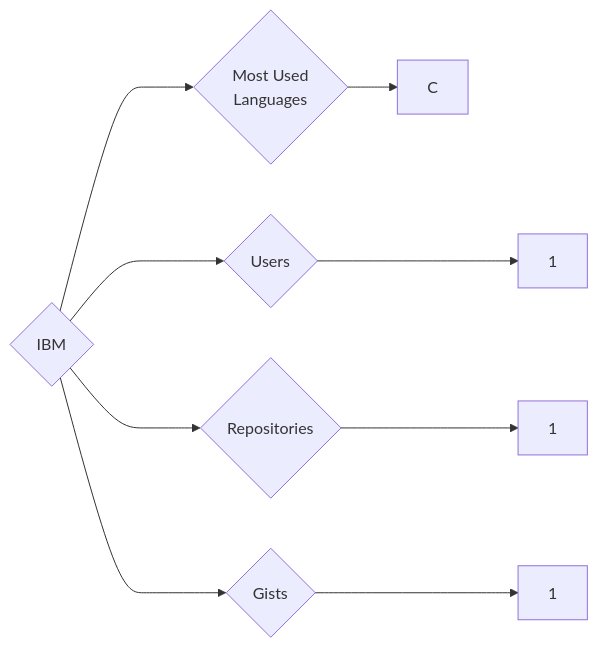
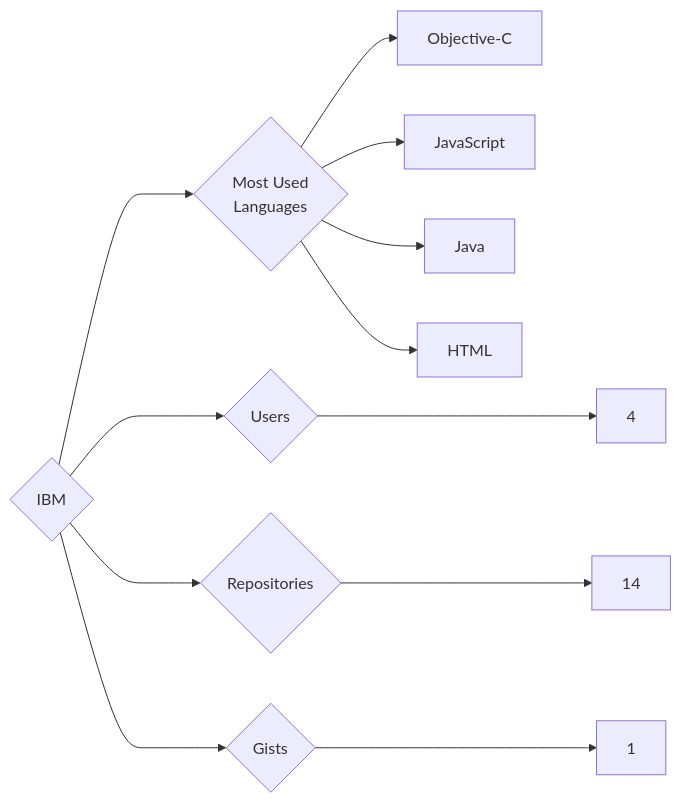
The diagram in targets/IBM/README.md (trickest/insiders), drawn with Mermaid before and after one commit. The commit also changed 1003 other files, not shown here.

````diff
--- a/targets/IBM/README.md
+++ b/targets/IBM/README.md
@@ -3,9 +3,12 @@
 ```mermaid
 graph LR
 COMPANY_NAME{IBM}
-COMPANY_NAME ---> U{Users} ---> UN[1]
-COMPANY_NAME ---> R{Repositories} ---> RN[1]
+COMPANY_NAME ---> U{Users} ---> UN[4]
+COMPANY_NAME ---> R{Repositories} ---> RN[14]
 COMPANY_NAME ---> G{Gists} ---> GN[1]
 COMPANY_NAME ---> ML{Most Used<br>Languages}
-ML --> C[C]
+ML --> Objective-C[Objective-C]
+ML --> JavaScript[JavaScript]
+ML --> Java[Java]
+ML --> HTML[HTML]
 ```
````
